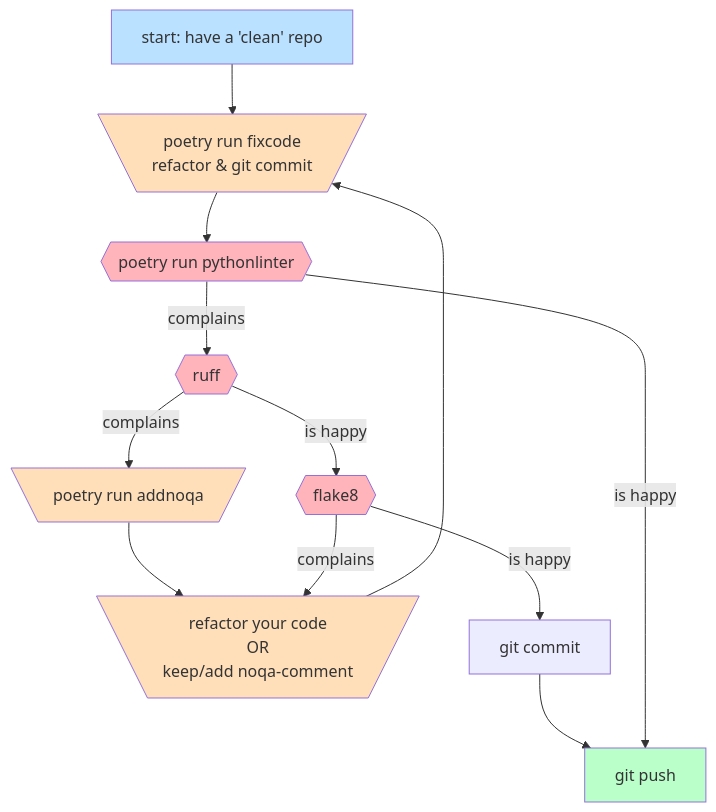
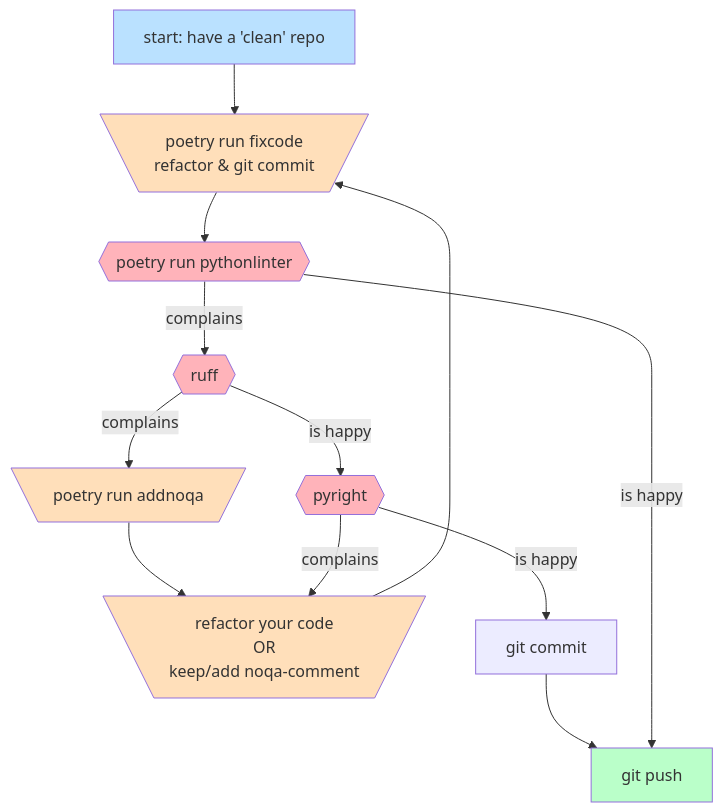
One commit to dertilo/python-linters changed the diagram in README.md. Above: the diagram before and after it, drawn with Mermaid. The commit also changed other lines of this file and 8 other files, not shown here.

````diff
--- a/README.md
+++ b/README.md
@@ -49,19 +65,19 @@
 ```mermaid
 flowchart TD
 classDef style0 fill:#ffb3ba 
 classDef style1 fill:#ffdfba 
 classDef style2 fill:#ffffba 
 classDef style3 fill:#baffc9 
 classDef style4 fill:#bae1ff
 op1["start: have a 'clean' repo"]:::style4 --> op2
 op2[\"poetry run fixcode\n refactor & git commit"/]:::style1 --> cond9{{"poetry run pythonlinter"}}:::style0
 cond9 --> | complains | cond47{{"ruff"}}:::style0
 cond47 --> | complains | op51[\"poetry run addnoqa"/]:::style1
 op51 -->  sub53[\"refactor your code \nOR\n keep/add noqa-comment"/]:::style1
 sub53 --> op2
-cond47 --> | is happy | cond58{{"flake8"}}:::style0
+cond47 --> | is happy | cond58{{"pyright"}}:::style0
 cond58 --> | complains | sub53
 cond58 --> | is happy | sub66["git commit"]
 sub66 -->  sub80
 cond9 --> | is happy | sub80["git push"]:::style3
 ```
````
